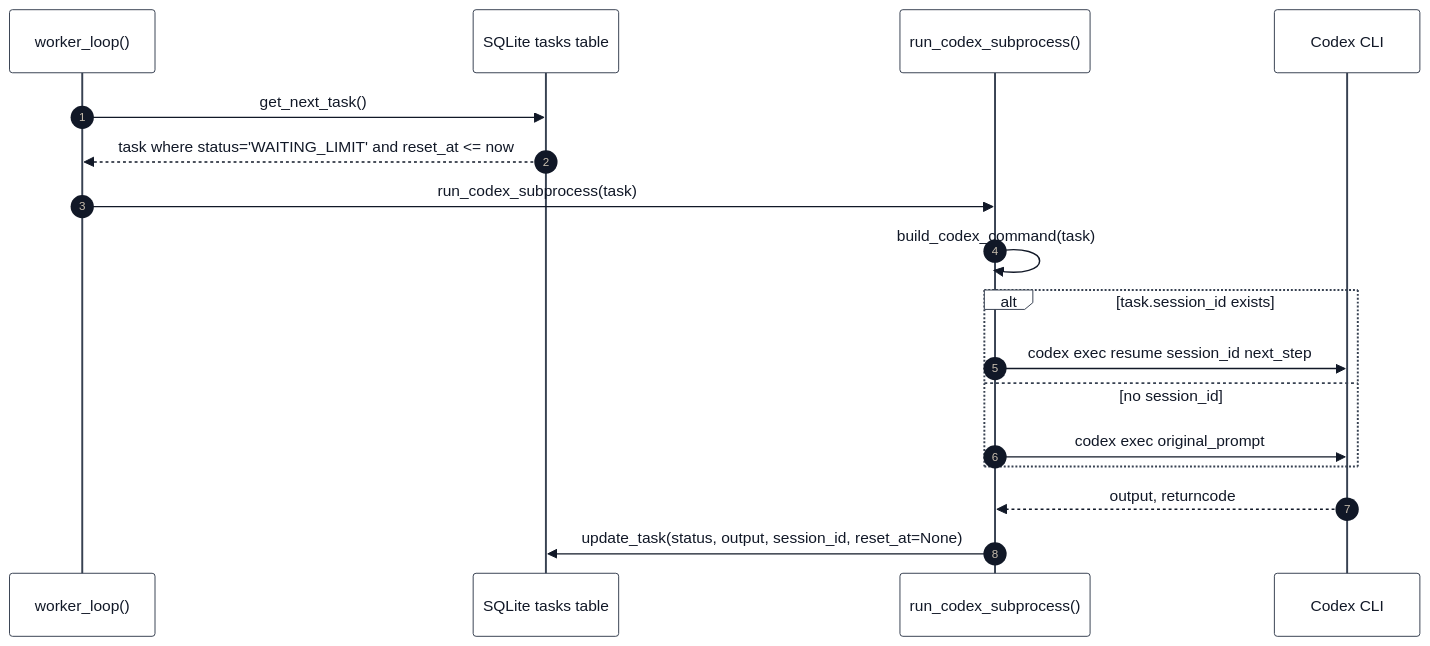
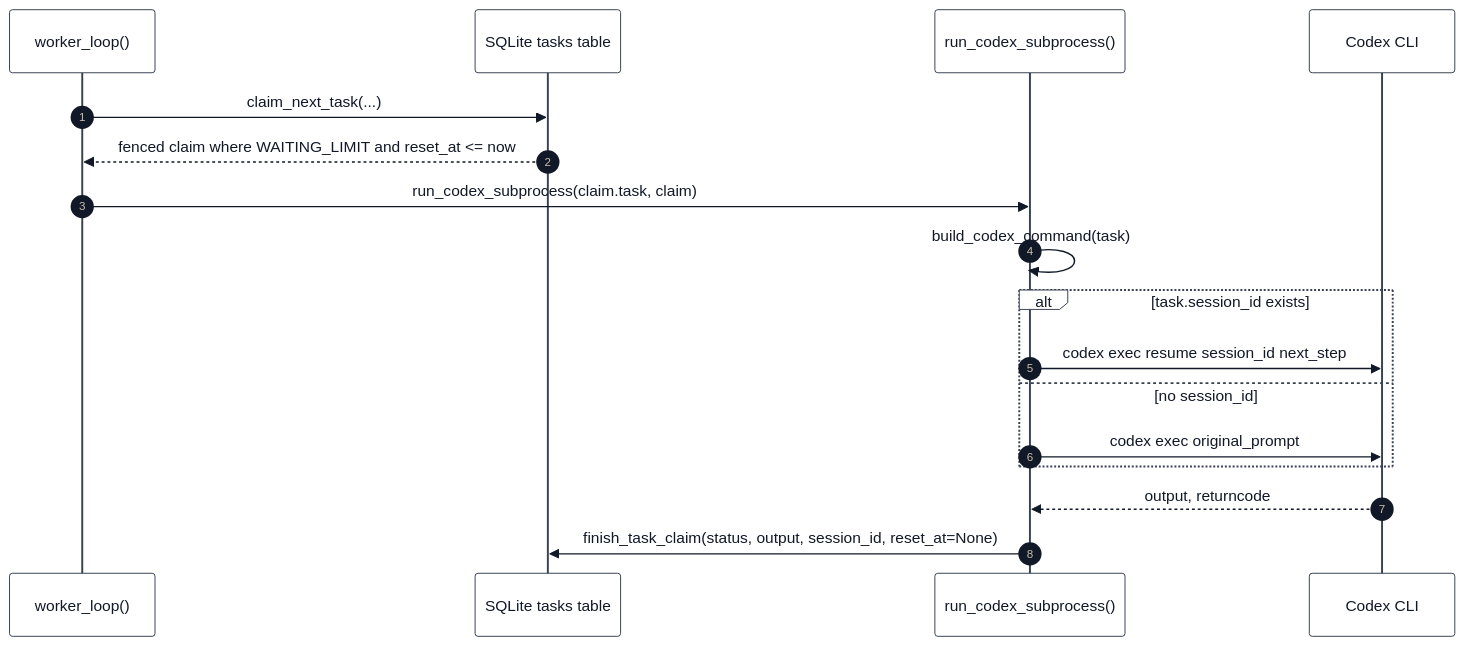
The third of 10 diagrams in docs/SEQUENCE_DIAGRAMS.md (kinderp/durex), drawn with Mermaid before and after one commit. The commit also changed other lines of this file and 12 other files, not shown here.

````diff
--- a/docs/SEQUENCE_DIAGRAMS.md
+++ b/docs/SEQUENCE_DIAGRAMS.md
@@ -225,21 +224,21 @@
 ```mermaid
 %%{init: {"theme": "base", "themeVariables": {"primaryColor": "#ffffff", "primaryTextColor": "#111827", "primaryBorderColor": "#374151", "lineColor": "#374151", "secondaryColor": "#f3f4f6", "tertiaryColor": "#ffffff", "textColor": "#111827", "mainBkg": "#ffffff", "nodeBorder": "#374151", "clusterBkg": "#f9fafb", "clusterBorder": "#9ca3af", "edgeLabelBackground": "#ffffff", "actorBkg": "#ffffff", "actorBorder": "#374151", "actorTextColor": "#111827", "activationBkgColor": "#e5e7eb", "activationBorderColor": "#374151", "signalColor": "#111827", "signalTextColor": "#111827", "noteBkgColor": "#fef3c7", "noteTextColor": "#111827", "noteBorderColor": "#92400e"}}}%%
 sequenceDiagram
     autonumber
     participant Worker as worker_loop()
     participant DB as SQLite tasks table
     participant Runner as run_codex_subprocess()
     participant Codex as Codex CLI
 
-    Worker->>DB: get_next_task()
-    DB-->>Worker: task where status='WAITING_LIMIT' and reset_at <= now
-    Worker->>Runner: run_codex_subprocess(task)
+    Worker->>DB: claim_next_task(...)
+    DB-->>Worker: fenced claim where WAITING_LIMIT and reset_at <= now
+    Worker->>Runner: run_codex_subprocess(claim.task, claim)
     Runner->>Runner: build_codex_command(task)
     alt task.session_id exists
         Runner->>Codex: codex exec resume session_id next_step
     else no session_id
         Runner->>Codex: codex exec original_prompt
     end
     Codex-->>Runner: output, returncode
-    Runner->>DB: update_task(status, output, session_id, reset_at=None)
+    Runner->>DB: finish_task_claim(status, output, session_id, reset_at=None)
 ```
````
